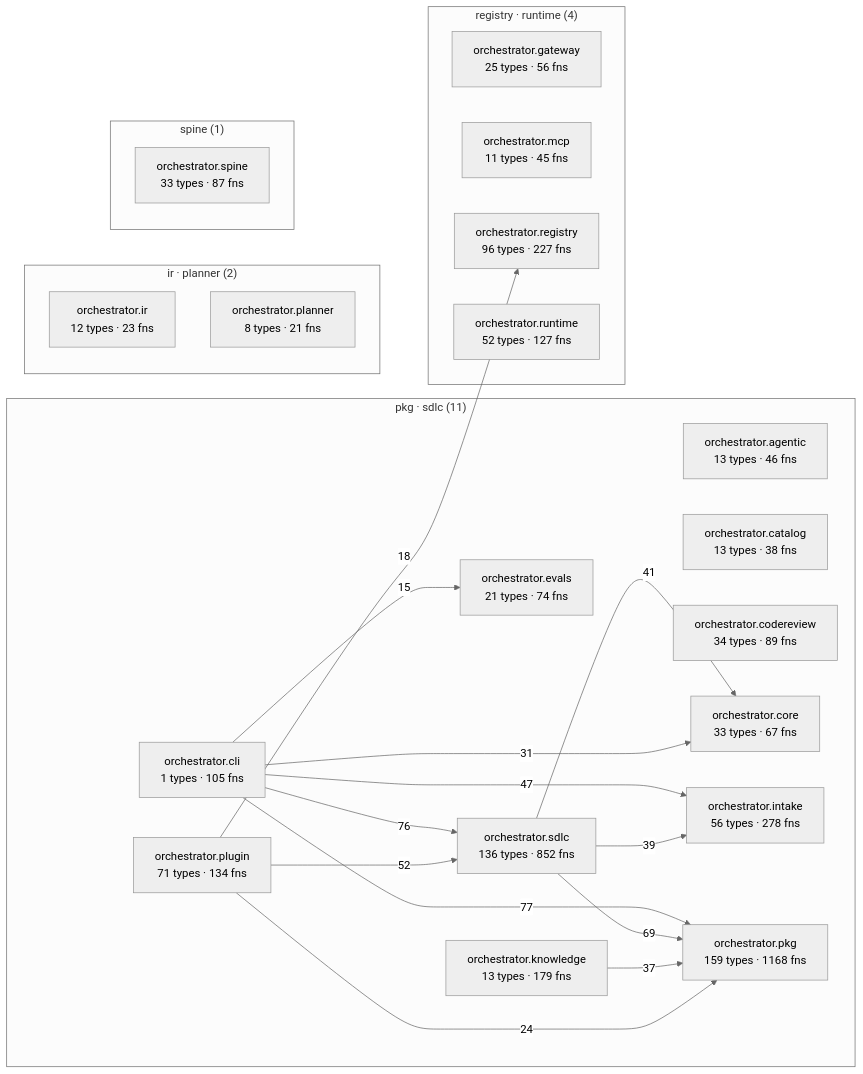
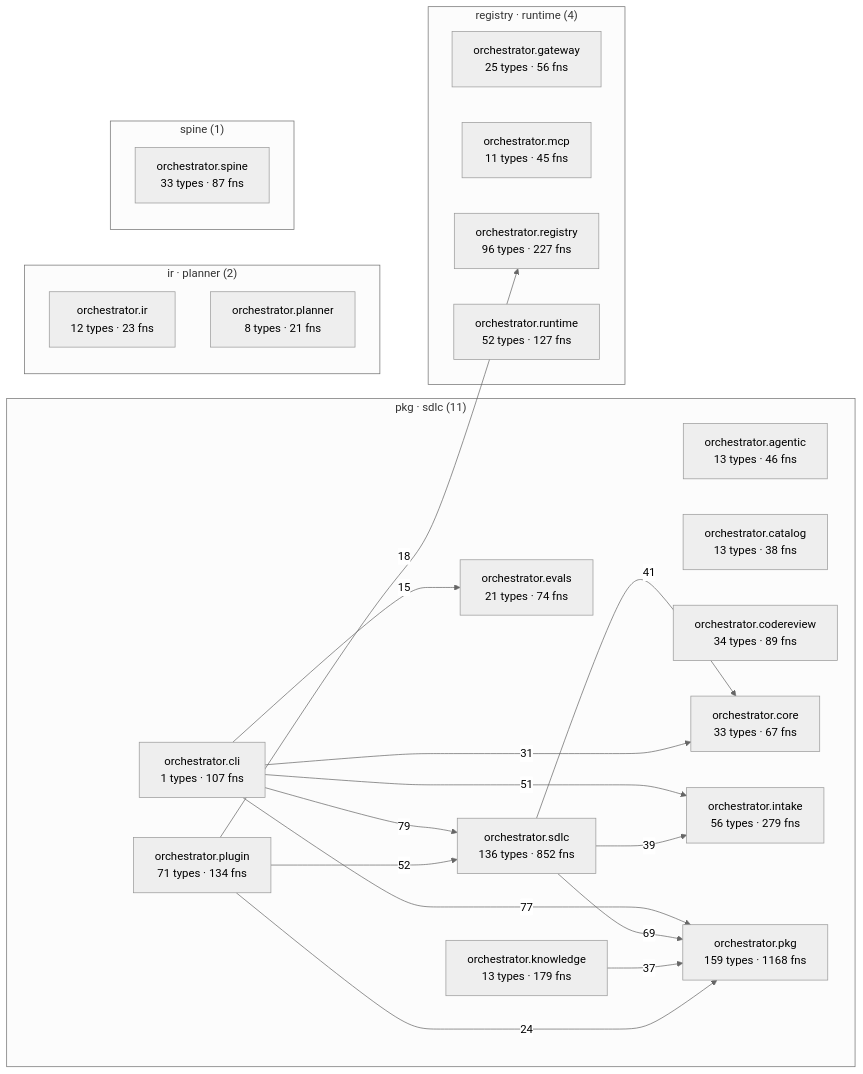
One commit to synaptixs/spine changed the diagram in episteme/architecture.md. Above: the diagram before and after it, drawn with Mermaid (neutral theme). The commit also changed other lines of this file and 16 other files, not shown here.

````diff
--- a/episteme/architecture.md
+++ b/episteme/architecture.md
@@ -55,41 +55,41 @@
 ```mermaid
 flowchart LR
   subgraph c_2["pkg · sdlc (11)"]
     aorchestratoragentic["orchestrator.agentic<br/>13 types · 46 fns"]
     aorchestratorcatalog["orchestrator.catalog<br/>13 types · 38 fns"]
-    aorchestratorcli["orchestrator.cli<br/>1 types · 105 fns"]
+    aorchestratorcli["orchestrator.cli<br/>1 types · 107 fns"]
     aorchestratorcodereview["orchestrator.codereview<br/>34 types · 89 fns"]
     aorchestratorcore["orchestrator.core<br/>33 types · 67 fns"]
     aorchestratorevals["orchestrator.evals<br/>21 types · 74 fns"]
-    aorchestratorintake["orchestrator.intake<br/>56 types · 278 fns"]
+    aorchestratorintake["orchestrator.intake<br/>56 types · 279 fns"]
     aorchestratorknowledge["orchestrator.knowledge<br/>13 types · 179 fns"]
     aorchestratorpkg["orchestrator.pkg<br/>159 types · 1168 fns"]
     aorchestratorplugin["orchestrator.plugin<br/>71 types · 134 fns"]
     aorchestratorsdlc["orchestrator.sdlc<br/>136 types · 852 fns"]
   end
   subgraph c_4["registry · runtime (4)"]
     aorchestratorgateway["orchestrator.gateway<br/>25 types · 56 fns"]
     aorchestratormcp["orchestrator.mcp<br/>11 types · 45 fns"]
     aorchestratorregistry["orchestrator.registry<br/>96 types · 227 fns"]
     aorchestratorruntime["orchestrator.runtime<br/>52 types · 127 fns"]
   end
   subgraph c_6["ir · planner (2)"]
     aorchestratorir["orchestrator.ir<br/>12 types · 23 fns"]
     aorchestratorplanner["orchestrator.planner<br/>8 types · 21 fns"]
   end
   subgraph c_11["spine (1)"]
     aorchestratorspine["orchestrator.spine<br/>33 types · 87 fns"]
   end
+  aorchestratorcli -->|79| aorchestratorsdlc
   aorchestratorcli -->|77| aorchestratorpkg
-  aorchestratorcli -->|76| aorchestratorsdlc
   aorchestratorsdlc -->|69| aorchestratorpkg
   aorchestratorplugin -->|52| aorchestratorsdlc
-  aorchestratorcli -->|47| aorchestratorintake
+  aorchestratorcli -->|51| aorchestratorintake
   aorchestratorsdlc -->|41| aorchestratorcore
   aorchestratorsdlc -->|39| aorchestratorintake
   aorchestratorknowledge -->|37| aorchestratorpkg
   aorchestratorcli -->|31| aorchestratorcore
   aorchestratorplugin -->|24| aorchestratorpkg
   aorchestratorplugin -->|18| aorchestratorregistry
   aorchestratorcli -->|15| aorchestratorevals
 ```
````
